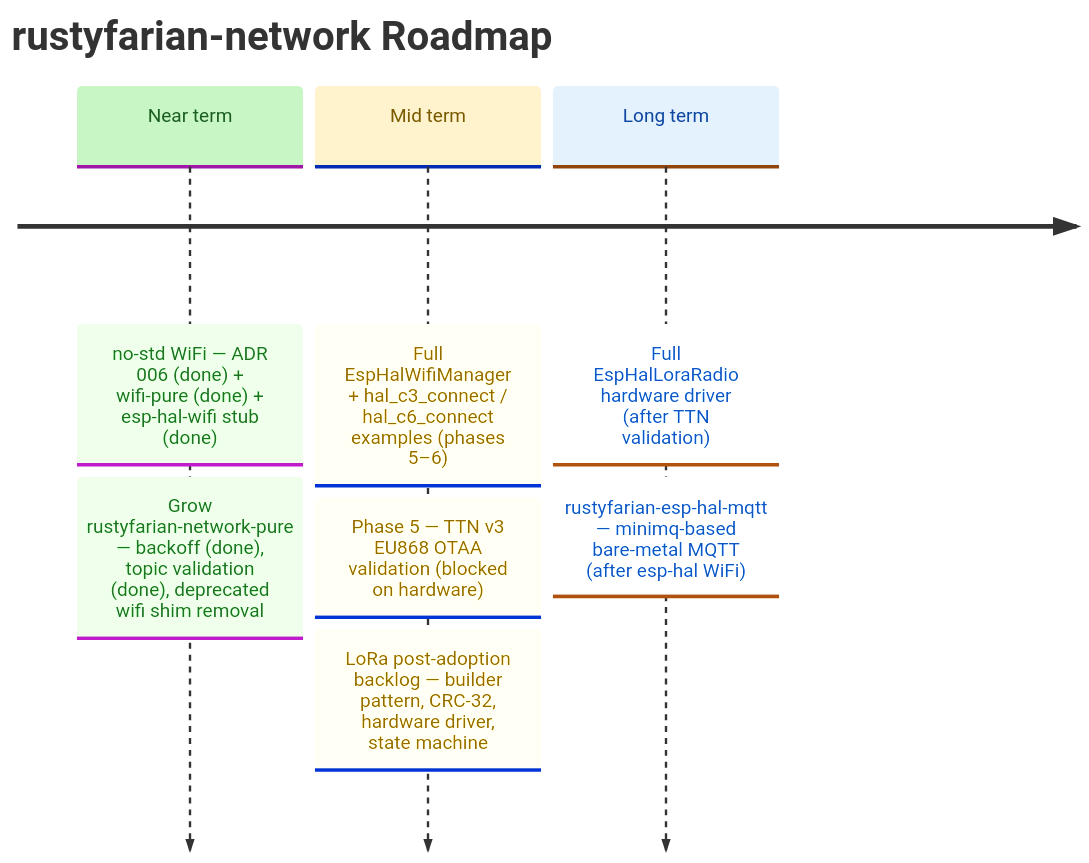
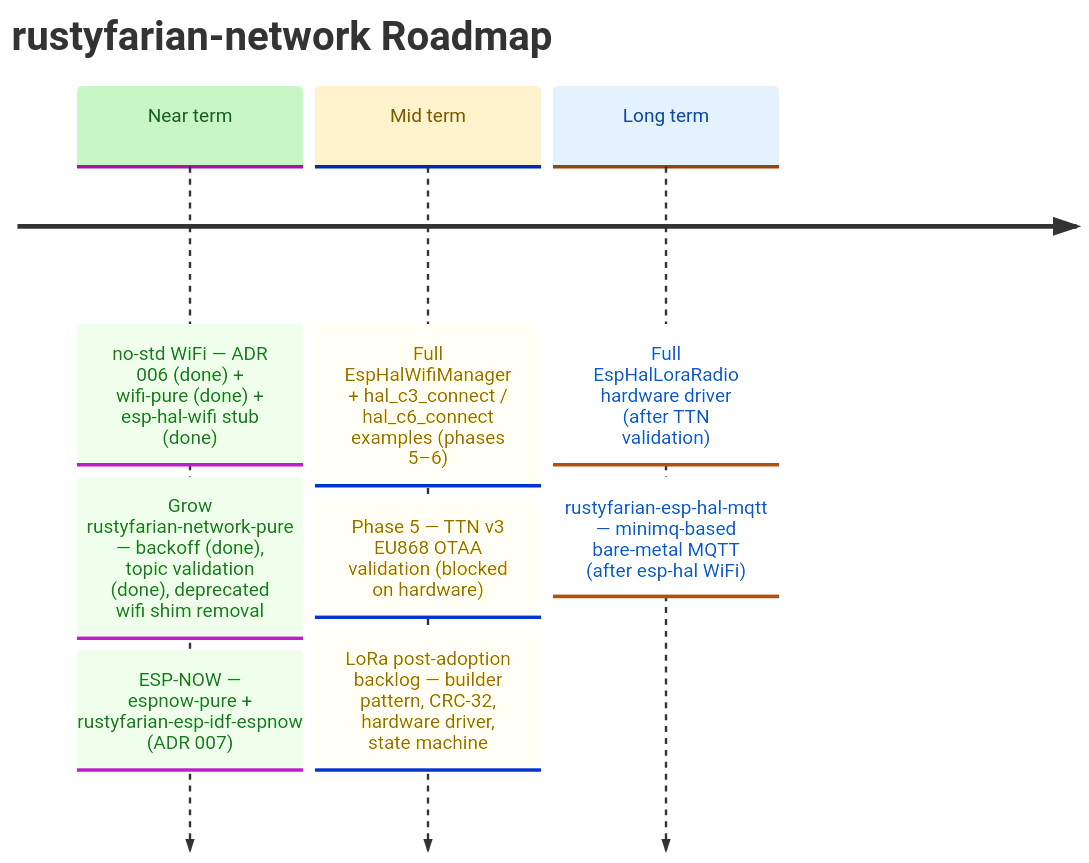
Before and after one commit to datenkollektiv/rustyfarian-network: the diagram in docs/ROADMAP.md, drawn with Mermaid. The commit also changed other lines of this file, not shown here.

Commit message:
Update roadmap to include ESP-NOW abstraction layer extraction plan

````diff
--- a/docs/ROADMAP.md
+++ b/docs/ROADMAP.md
@@ -10,26 +10,27 @@
 ```mermaid
 %%{init: {
   "theme": "base",
   "themeVariables": {
     "cScale0": "#c8f7c5",
     "cScaleLabel0": "#1b5e20",
     "cScale1": "#fff3cd",
     "cScaleLabel1": "#7a5a00",
     "cScale2": "#e3f2fd",
     "cScaleLabel2": "#0d47a1"
   }
 }}%%
 
 timeline
     title rustyfarian-network Roadmap
 
     Near term : no-std WiFi — ADR 006 (done) + wifi-pure (done) + esp-hal-wifi stub (done)
               : Grow rustyfarian-network-pure — backoff (done), topic validation (done), deprecated wifi shim removal
+              : ESP-NOW — espnow-pure + rustyfarian-esp-idf-espnow (ADR 007)
 
     Mid term  : Full EspHalWifiManager + hal_c3_connect / hal_c6_connect examples (phases 5–6)
               : Phase 5 — TTN v3 EU868 OTAA validation (blocked on hardware)
               : LoRa post-adoption backlog — builder pattern, CRC-32, hardware driver, state machine
 
     Long term : Full EspHalLoraRadio hardware driver (after TTN validation)
               : rustyfarian-esp-hal-mqtt — minimq-based bare-metal MQTT (after esp-hal WiFi)
 ```
````
